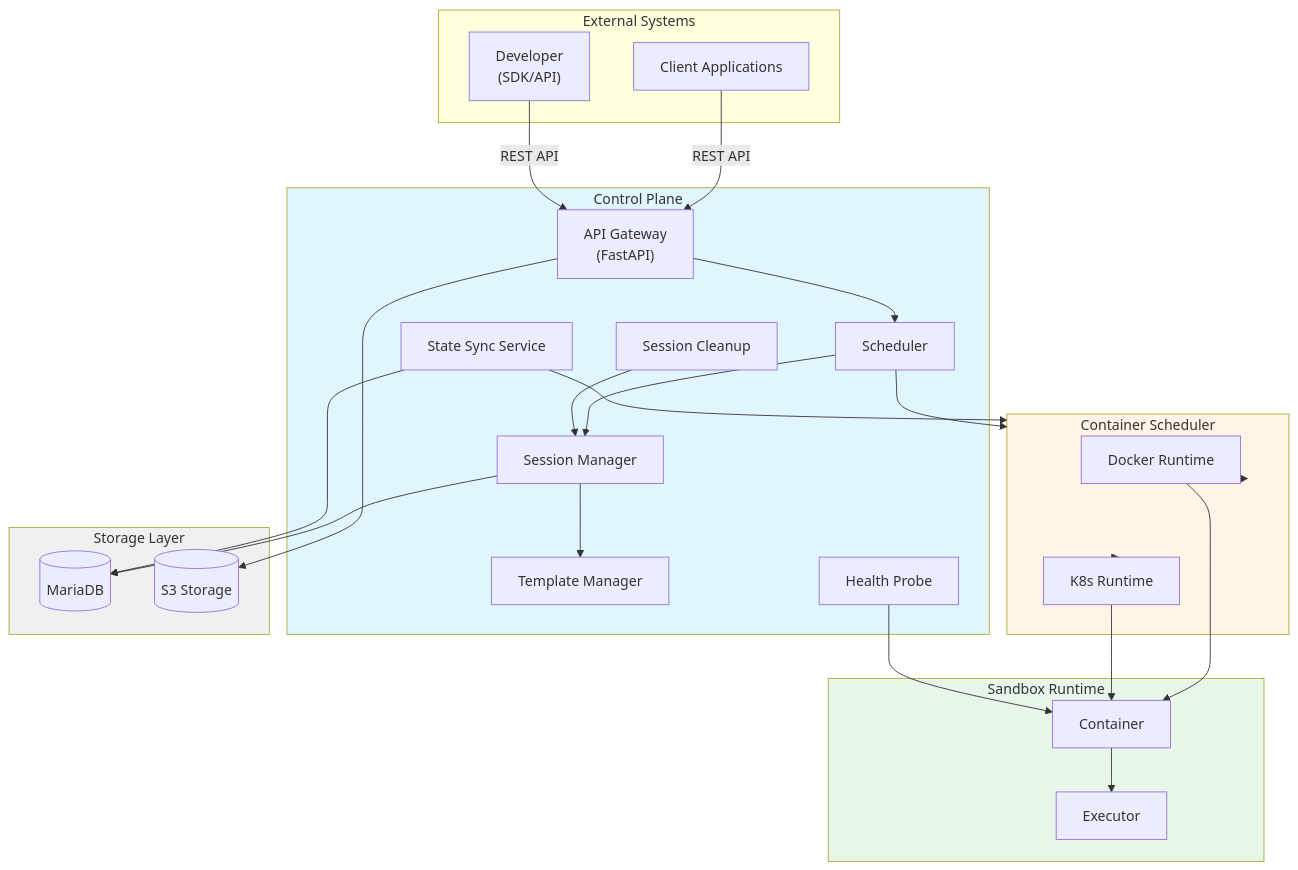
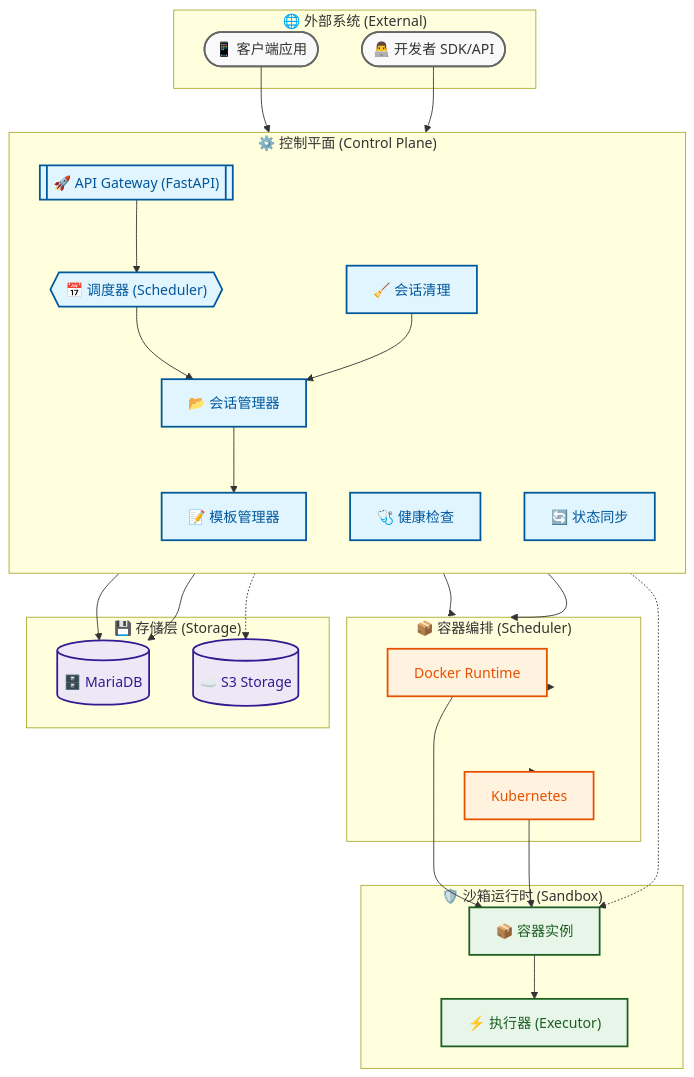
One commit to kweaver-ai/sandbox changed the diagram in README.md. Above: the diagram before and after it, drawn with Mermaid. The commit also changed other lines of this file and 1 other file, not shown here.

Commit message:
``` docs(readme): update architecture diagrams with enhanced mermaid flowcharts
- Replace basic graph TB diagrams with detailed flowchart TD diagrams
- Add comprehensive styling with color-coded components for better visualization
- Include Chinese labels alongside English descriptions for multilingual support
- Enhance the architecture section with improved component hierarchy and connections
- Add detailed styling classes for different system components (external, control,
  scheduler, storage, runtime, database)
- Update both English and Chinese README files with consistent diagram improvements
```

````diff
--- a/README.md
+++ b/README.md
@@ -57,55 +15,62 @@
 ```mermaid
-graph TB
-    subgraph External["External Systems"]
-        Client["Client Applications"]
-        Developer["Developer<br/>(SDK/API)"]
+flowchart TD
+    %% 定义全局样式
+    classDef external fill:#f9f9f9,stroke:#666,stroke-width:2px,color:#333;
+    classDef control fill:#e1f5fe,stroke:#01579b,stroke-width:2px,color:#01579b;
+    classDef scheduler fill:#fff3e0,stroke:#e65100,stroke-width:2px,color:#e65100;
+    classDef storage fill:#f5f5f5,stroke:#424242,stroke-width:2px,color:#424242;
+    classDef runtime fill:#e8f5e9,stroke:#1b5e20,stroke-width:2px,color:#1b5e20;
+    classDef database fill:#ede7f6,stroke:#311b92,stroke-width:2px,color:#311b92;
+
+    subgraph External ["🌐 外部系统 (External)"]
+        Client(["📱 客户端应用"])
+        Developer(["👨‍💻 开发者 SDK/API"])
     end
 
-    subgraph ControlPlane["Control Plane"]
-        API["API Gateway<br/>(FastAPI)"]
-        Scheduler["Scheduler"]
-        SessionMgr["Session Manager"]
-        TemplateMgr["Template Manager"]
-        HealthProbe["Health Probe"]
-        Cleanup["Session Cleanup"]
-        StateSync["State Sync Service"]
+    subgraph ControlPlane ["⚙️ 控制平面 (Control Plane)"]
+        direction TB
+        API[["🚀 API Gateway (FastAPI)"]]
+        Scheduler{{"📅 调度器 (Scheduler)"}}
+        SessionMgr["📂 会话管理器"]
+        TemplateMgr["📝 模板管理器"]
+        HealthProbe["🩺 健康检查"]
+        Cleanup["🧹 会话清理"]
+        StateSync["🔄 状态同步"]
     end
 
-    subgraph ContainerScheduler["Container Scheduler"]
+    subgraph ContainerScheduler ["📦 容器编排 (Scheduler)"]
         DockerRuntime["Docker Runtime"]
-        K8sRuntime["K8s Runtime"]
+        K8sRuntime["Kubernetes"]
     end
 
-    subgraph Storage["Storage Layer"]
-        MariaDB[(MariaDB)]
-        S3[(S3 Storage)]
+    subgraph Storage ["💾 存储层 (Storage)"]
+        MariaDB[("🗄️ MariaDB")]
+        S3[("☁️ S3 Storage")]
     end
 
-    subgraph Runtime["Sandbox Runtime"]
-        Executor["Executor"]
-        Container["Container"]
+    subgraph Runtime ["🛡️ 沙箱运行时 (Sandbox)"]
+        Executor["⚡ 执行器 (Executor)"]
+        Container["📦 容器实例"]
     end
 
-    Client -->|REST API| API
-    Developer -->|REST API| API
+    %% 这里的连接线逻辑
+    Client & Developer --> API
     API --> Scheduler
-    Scheduler --> SessionMgr
-    SessionMgr --> TemplateMgr
-    Scheduler --> ContainerScheduler
-    ContainerScheduler --> DockerRuntime
-    ContainerScheduler --> K8sRuntime
-    DockerRuntime --> Container
-    K8sRuntime --> Container
+    Scheduler --> SessionMgr & ContainerScheduler
+    SessionMgr --> TemplateMgr & MariaDB
+    ContainerScheduler --> DockerRuntime & K8sRuntime
+    DockerRuntime & K8sRuntime --> Container
     Container --> Executor
-    SessionMgr --> MariaDB
-    HealthProbe --> Container
-    StateSync --> MariaDB
-    StateSync --> ContainerScheduler
+    HealthProbe -.-> Container
+    StateSync --> MariaDB & ContainerScheduler
     Cleanup --> SessionMgr
-    API --> S3
+    API -.-> S3
 
-    style ControlPlane fill:#e1f5ff
-    style ContainerScheduler fill:#fff4e6
-    style Storage fill:#f0f0f0
-    style Runtime fill:#e8f5e9
+    %% 应用样式
+    class Client,Developer external;
+    class API,Scheduler,SessionMgr,TemplateMgr,HealthProbe,Cleanup,StateSync control;
+    class DockerRuntime,K8sRuntime scheduler;
+    class MariaDB,S3 database;
+    class Executor,Container runtime;
+
 ```
````
